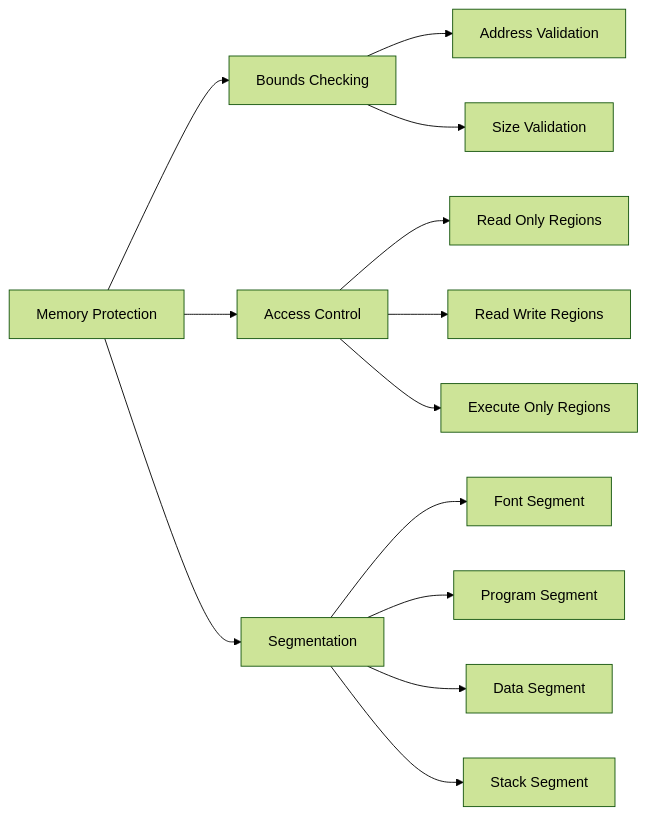
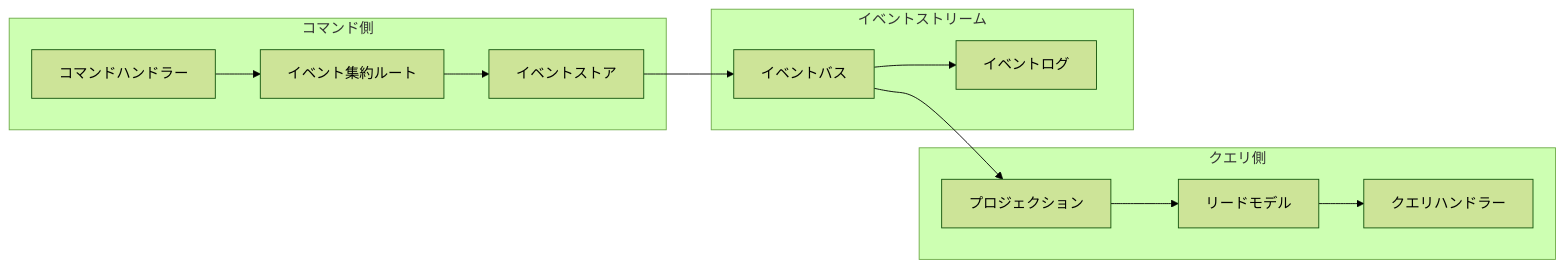
One commit to takeokunn/cl-chip8 changed the eighth of 14 diagrams in docs/explanation/02-architecture-design.md. Above: the diagram before and after it, drawn with Mermaid (forest theme). The commit also changed other lines of this file and 27 other files, not shown here.

````diff
--- a/docs/explanation/02-architecture-design.md
+++ b/docs/explanation/02-architecture-design.md
@@ -227,18 +614,27 @@
 ```mermaid
 graph LR
-    A[Memory Protection] --> B[Bounds Checking]
-    A --> C[Access Control]
-    A --> D[Segmentation]
+    subgraph "コマンド側"
+        A[コマンドハンドラー]
+        B[イベントストア]
+        C[イベント集約ルート]
+    end
 
-    B --> B1[Address Validation]
-    B --> B2[Size Validation]
+    subgraph "クエリ側"
+        D[リードモデル]
+        E[プロジェクション]
+        F[クエリハンドラー]
+    end
 
-    C --> C1[Read Only Regions]
-    C --> C2[Read Write Regions]
-    C --> C3[Execute Only Regions]
+    subgraph "イベントストリーム"
+        G[イベントバス]
+        H[イベントログ]
+    end
 
-    D --> D1[Font Segment]
-    D --> D2[Program Segment]
-    D --> D3[Data Segment]
-    D --> D4[Stack Segment]
+    A --> C
+    C --> B
+    B --> G
+    G --> H
+    G --> E
+    E --> D
+    D --> F
 ```
````
